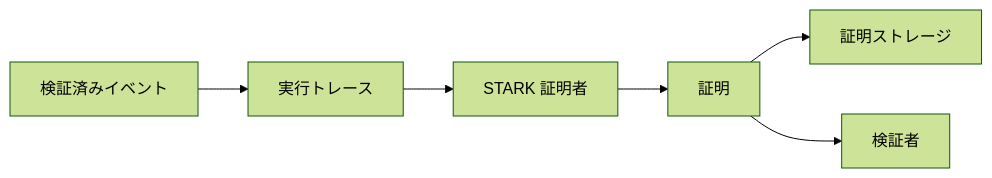
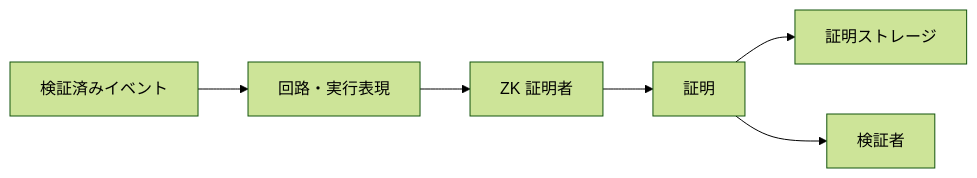
One commit to ShigeichiroYamasaki/creator-first-platform changed diagram 13 of 47 in docs/whitepaper/12-infrastructure-cost.md. Above: the diagram before and after it, drawn with Mermaid (forest theme). The commit also changed other lines of this file and 42 other files, not shown here.

Commit message:
Design production service architecture

````diff
--- a/docs/whitepaper/12-infrastructure-cost.md
+++ b/docs/whitepaper/12-infrastructure-cost.md
@@ -550,13 +550,13 @@
 ```mermaid
 flowchart LR
     EVENTS[検証済みイベント]
-    TRACE[実行トレース]
-    PROVER[STARK 証明者]
+    REPRESENT[回路・実行表現]
+    PROVER[ZK 証明者]
     PROOF[証明]
     STORE[証明ストレージ]
     CHAIN[検証者]
 
-    EVENTS --> TRACE --> PROVER --> PROOF
+    EVENTS --> REPRESENT --> PROVER --> PROOF
     PROOF --> STORE
     PROOF --> CHAIN
 ```
````
